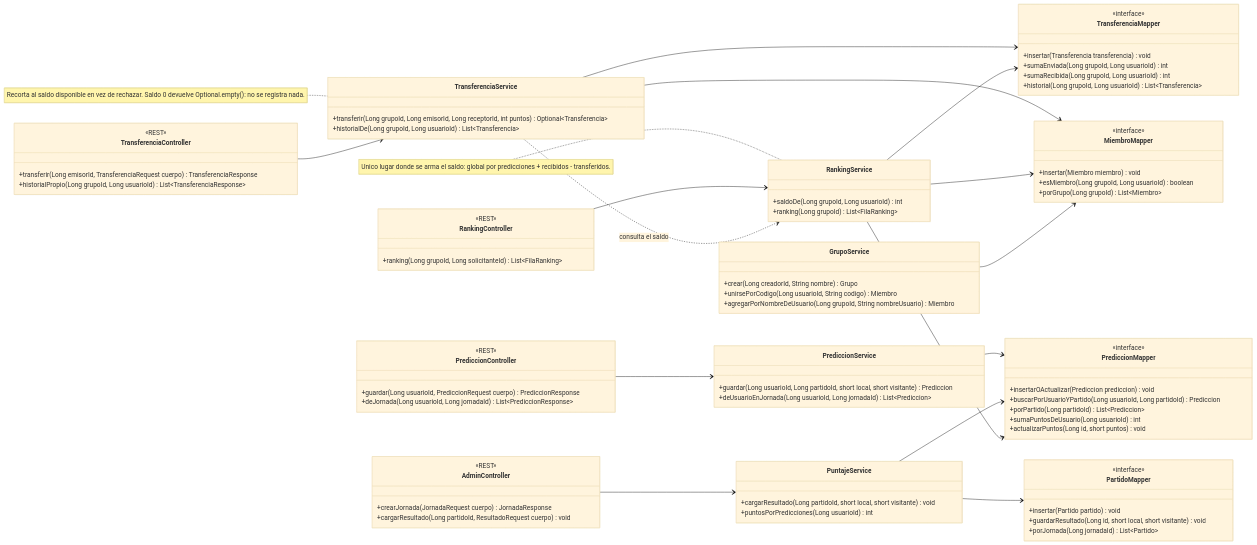
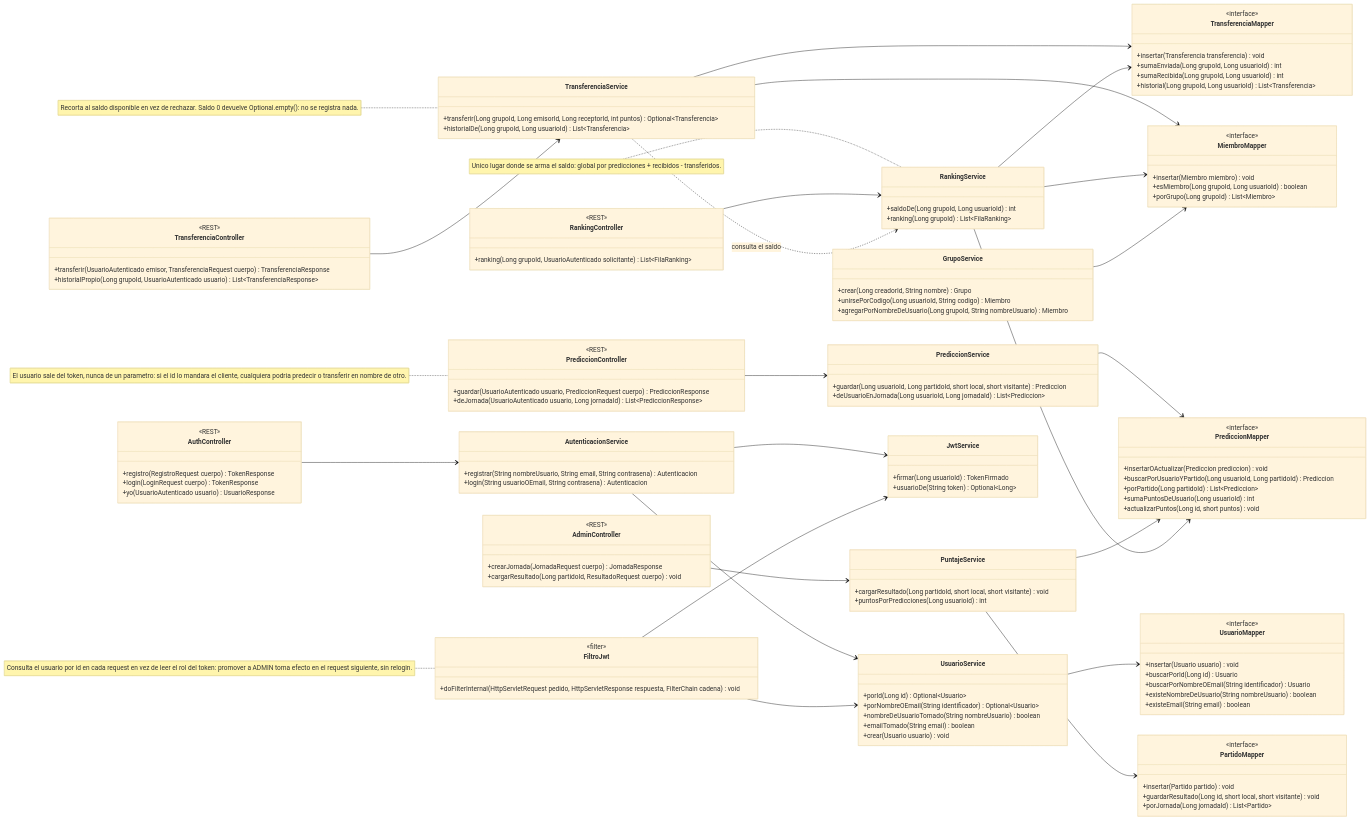
Before and after one commit to tinogera/TruchoProde: the second of 4 diagrams in Doc/TruchoProde_DiagramaClases.md, drawn with Mermaid (base theme). The commit also changed other lines of this file and 2 other files, not shown here.

Commit message:
Blindar las dos decisiones de la autenticacion con tests
Dos tests que no prueban plomeria sino decisiones: el token de un usuario
borrado deja de servir, y promover a ADMIN con un UPDATE se ve reflejado con
el mismo token de antes. Si alguien mas adelante mete el rol adentro del token
para ahorrarse la consulta, el segundo se pone rojo.

Ese test va sin @Transactional, contra la convencion del resto: con una
transaccion compartida los dos pedidos caen en la misma SqlSession y el cache
de primer nivel de MyBatis devuelve el usuario que ya habia leido, ignorando
el UPDATE del medio. Daba rojo con el codigo andando bien. En produccion no
pasa porque cada request abre su propia sesion, asi que sin la transaccion el
test reproduce el escenario real y limpia en un @AfterEach.

Corrige ademas el diagrama de clases, donde los controllers recibian el
usuarioId como parametro: ese dato no puede venir del cliente porque
permitiria predecir o transferir en nombre de otro. Ahora sale del contexto de
seguridad. Suma la capa de autenticacion, la rama NoAutenticadoException y los
records de dominio.

````diff
--- a/Doc/TruchoProde_DiagramaClases.md
+++ b/Doc/TruchoProde_DiagramaClases.md
@@ -157,17 +177,17 @@
 
     class PrediccionController {
         <<REST>>
-        +guardar(Long usuarioId, PrediccionRequest cuerpo) PrediccionResponse
-        +deJornada(Long usuarioId, Long jornadaId) List~PrediccionResponse~
+        +guardar(UsuarioAutenticado usuario, PrediccionRequest cuerpo) PrediccionResponse
+        +deJornada(UsuarioAutenticado usuario, Long jornadaId) List~PrediccionResponse~
     }
     class TransferenciaController {
         <<REST>>
-        +transferir(Long emisorId, TransferenciaRequest cuerpo) TransferenciaResponse
-        +historialPropio(Long grupoId, Long usuarioId) List~TransferenciaResponse~
+        +transferir(UsuarioAutenticado emisor, TransferenciaRequest cuerpo) TransferenciaResponse
+        +historialPropio(Long grupoId, UsuarioAutenticado usuario) List~TransferenciaResponse~
     }
     class RankingController {
         <<REST>>
-        +ranking(Long grupoId, Long solicitanteId) List~FilaRanking~
+        +ranking(Long grupoId, UsuarioAutenticado solicitante) List~FilaRanking~
     }
     class AdminController {
         <<REST>>
@@ -243,4 +263,48 @@
 
     note for TransferenciaService "Recorta al saldo disponible en vez de rechazar. Saldo 0 devuelve Optional.empty(): no se registra nada."
     note for RankingService "Unico lugar donde se arma el saldo: global por predicciones + recibidos - transferidos."
+
+    class AuthController {
+        <<REST>>
+        +registro(RegistroRequest cuerpo) TokenResponse
+        +login(LoginRequest cuerpo) TokenResponse
+        +yo(UsuarioAutenticado usuario) UsuarioResponse
+    }
+    class AutenticacionService {
+        +registrar(String nombreUsuario, String email, String contrasena) Autenticacion
+        +login(String usuarioOEmail, String contrasena) Autenticacion
+    }
+    class UsuarioService {
+        +porId(Long id) Optional~Usuario~
+        +porNombreOEmail(String identificador) Optional~Usuario~
+        +nombreDeUsuarioTomado(String nombreUsuario) boolean
+        +emailTomado(String email) boolean
+        +crear(Usuario usuario) void
+    }
+    class JwtService {
+        +firmar(Long usuarioId) TokenFirmado
+        +usuarioDe(String token) Optional~Long~
+    }
+    class UsuarioMapper {
+        <<interface>>
+        +insertar(Usuario usuario) void
+        +buscarPorId(Long id) Usuario
+        +buscarPorNombreOEmail(String identificador) Usuario
+        +existeNombreDeUsuario(String nombreUsuario) boolean
+        +existeEmail(String email) boolean
+    }
+    class FiltroJwt {
+        <<filter>>
+        +doFilterInternal(HttpServletRequest pedido, HttpServletResponse respuesta, FilterChain cadena) void
+    }
+
+    AuthController --> AutenticacionService
+    AutenticacionService --> UsuarioService
+    AutenticacionService --> JwtService
+    UsuarioService --> UsuarioMapper
+    FiltroJwt --> JwtService
+    FiltroJwt --> UsuarioService
+
+    note for PrediccionController "El usuario sale del token, nunca de un parametro: si el id lo mandara el cliente, cualquiera podria predecir o transferir en nombre de otro."
+    note for FiltroJwt "Consulta el usuario por id en cada request en vez de leer el rol del token: promover a ADMIN toma efecto en el request siguiente, sin relogin."
 ```
````
